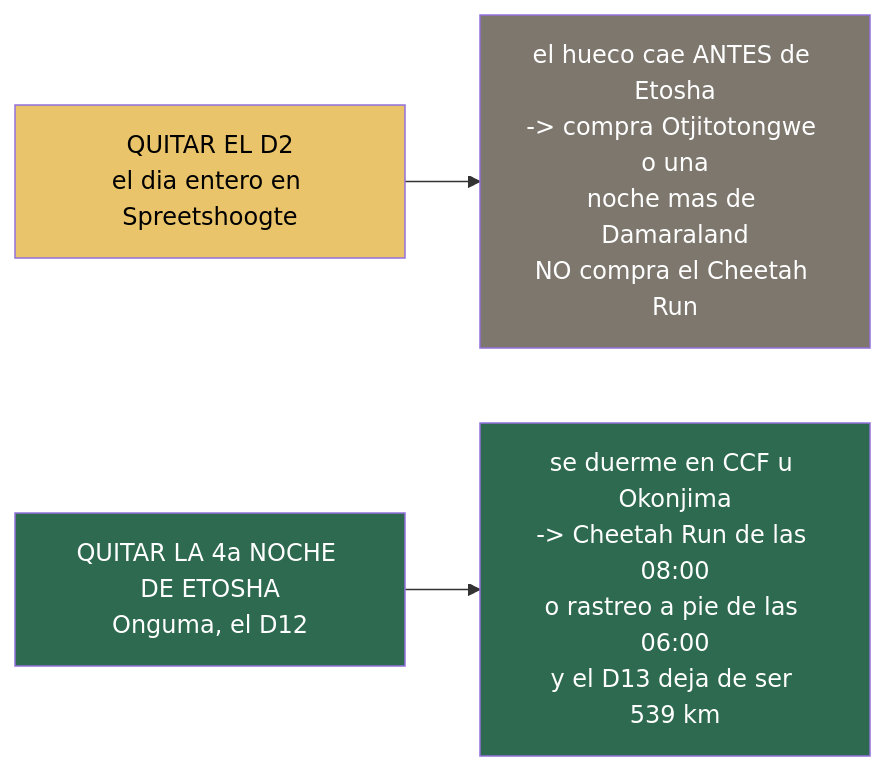
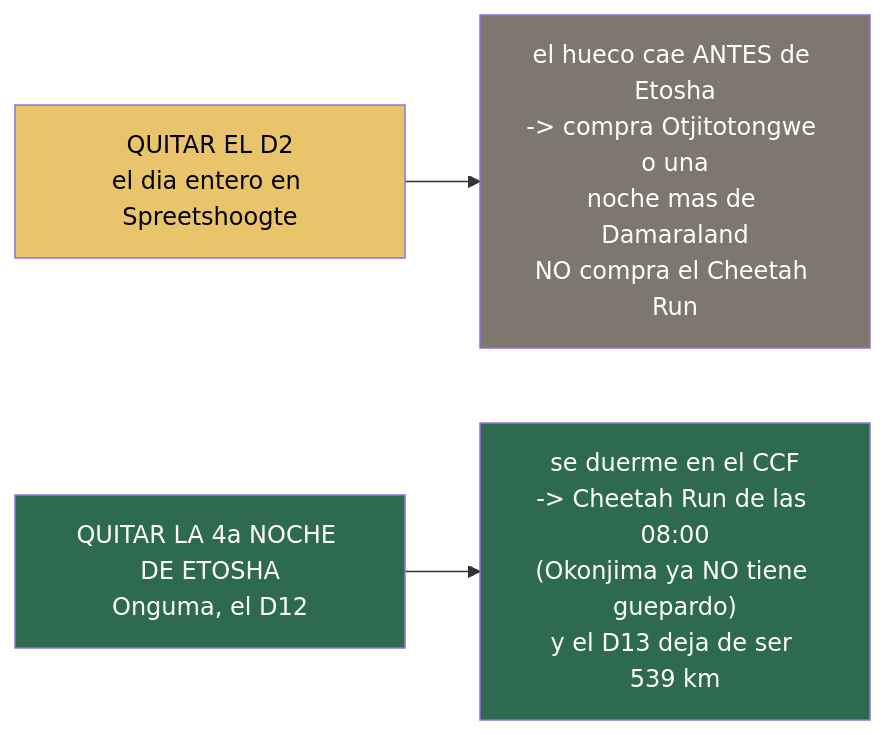
Before and after one commit to morandeirachema/namibia: the second of 2 diagrams in 23-desvios-que-valen-la-pena.md, drawn with Mermaid. The commit also changed other lines of this file and 2 other files, not shown here.

````diff
--- a/23-desvios-que-valen-la-pena.md
+++ b/23-desvios-que-valen-la-pena.md
@@ -150,10 +177,10 @@
 ```mermaid
 flowchart LR
 %% ancho
     A["QUITAR EL D2<br/>el dia entero en Spreetshoogte"] --> A2["el hueco cae ANTES de Etosha<br/>-> compra Otjitotongwe o una<br/>noche mas de Damaraland<br/>NO compra el Cheetah Run"]
-    B["QUITAR LA 4a NOCHE DE ETOSHA<br/>Onguma, el D12"] --> B2["se duerme en CCF u Okonjima<br/>-> Cheetah Run de las 08:00<br/>o rastreo a pie de las 06:00<br/>y el D13 deja de ser 539 km"]
+    B["QUITAR LA 4a NOCHE DE ETOSHA<br/>Onguma, el D12"] --> B2["se duerme en el CCF<br/>-> Cheetah Run de las 08:00<br/>(Okonjima ya NO tiene guepardo)<br/>y el D13 deja de ser 539 km"]
     style A fill:#e9c46a,color:#000
     style B fill:#2d6a4f,color:#fff
     style A2 fill:#7D776E,color:#fff
     style B2 fill:#2d6a4f,color:#fff
 ```
````
